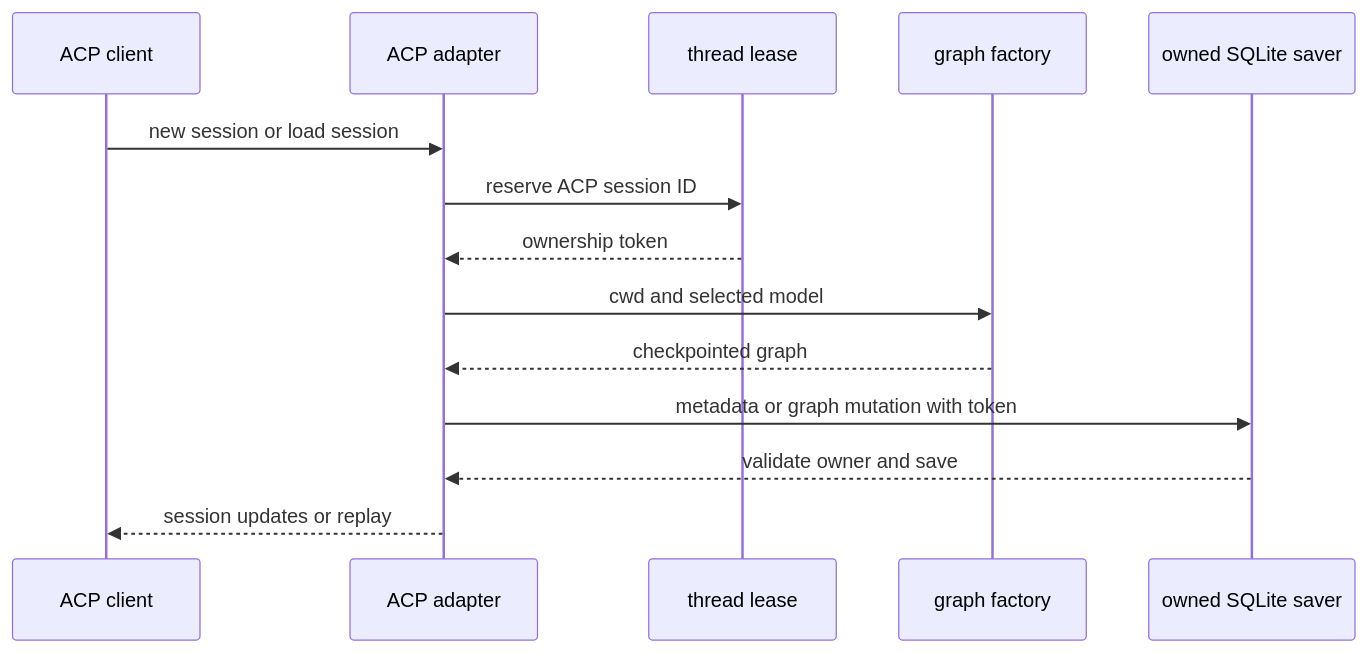
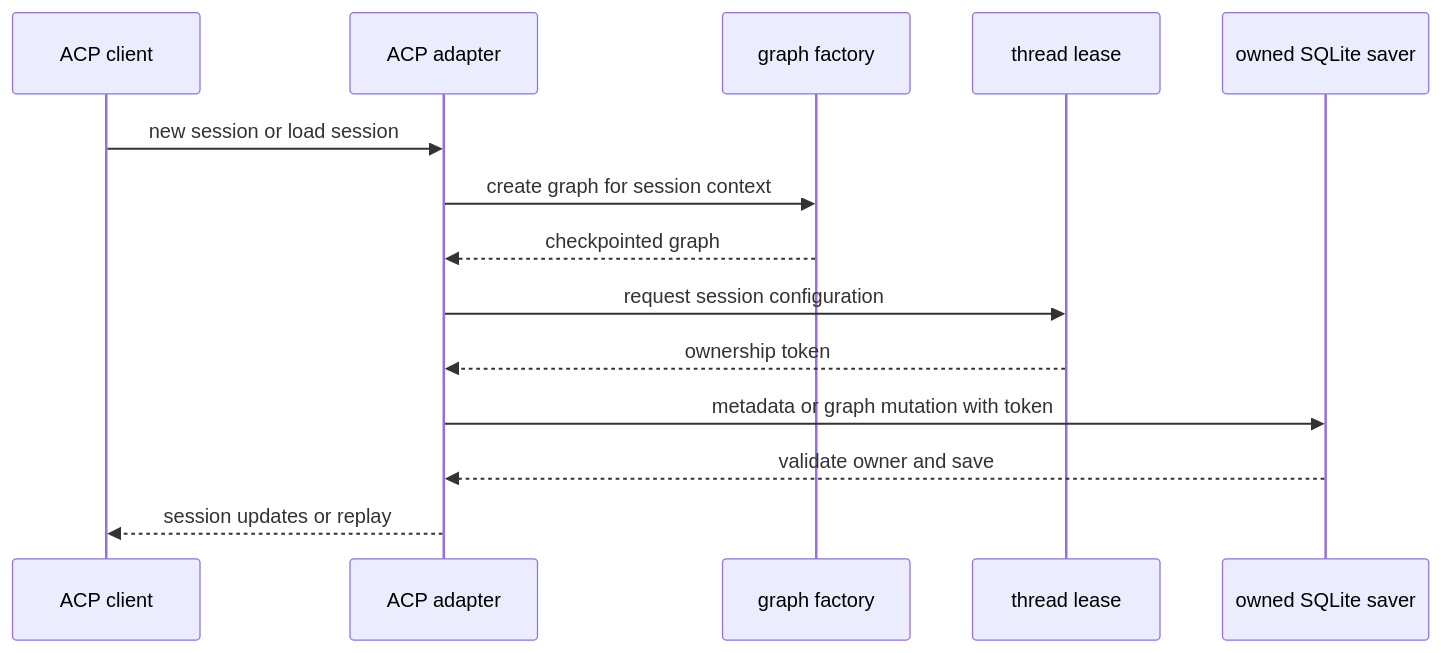
Before and after one commit to langchain-ai/deepagents: the second of 3 diagrams in openwiki/integrations/acp.md, drawn with Mermaid. The commit also changed other lines of this file and 22 other files, not shown here.

````diff
--- a/openwiki/integrations/acp.md
+++ b/openwiki/integrations/acp.md
@@ -64,16 +68,16 @@
 ```mermaid
 sequenceDiagram
     participant Client as ACP client
     participant Adapter as ACP adapter
+    participant Factory as graph factory
     participant Lease as thread lease
-    participant Factory as graph factory
     participant Saver as owned SQLite saver
     Client->>Adapter: new session or load session
-    Adapter->>Lease: reserve ACP session ID
+    Adapter->>Factory: create graph for session context
+    Factory-->>Adapter: checkpointed graph
+    Adapter->>Lease: request session configuration
     Lease-->>Adapter: ownership token
-    Adapter->>Factory: cwd and selected model
-    Factory-->>Adapter: checkpointed graph
     Adapter->>Saver: metadata or graph mutation with token
     Saver-->>Adapter: validate owner and save
     Adapter-->>Client: session updates or replay
 ```
````
